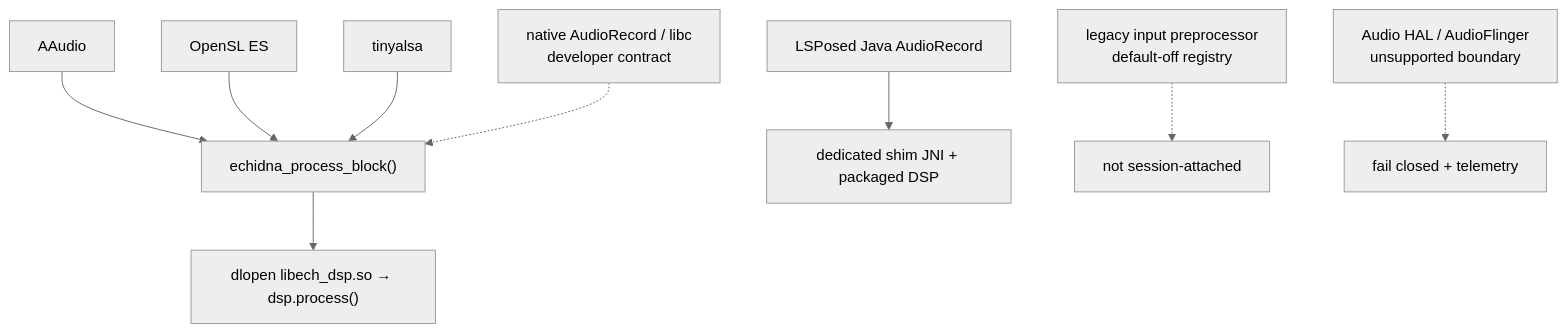
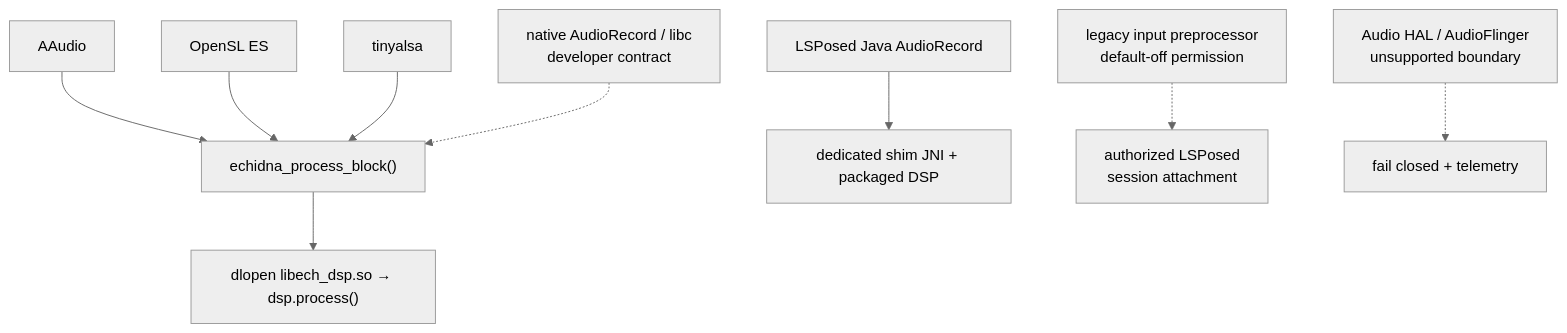
Before and after one commit to supermarsx/echidna: the second of 3 diagrams in docs/architecture.md, drawn with Mermaid (neutral theme). The commit also changed other lines of this file and 17 other files, not shown here.

Commit message:
feat(app): control legacy preprocessor attachment

````diff
--- a/docs/architecture.md
+++ b/docs/architecture.md
@@ -131,11 +131,13 @@
 ```mermaid
 flowchart TB
     A["AAudio"] --> P["echidna_process_block()"]
     B["OpenSL ES"] --> P
     C["tinyalsa"] --> P
     J["LSPosed Java AudioRecord"] --> Q["dedicated shim JNI + packaged DSP"]
-    L["legacy input preprocessor<br/>default-off registry"] -.-> R["not session-attached"]
+    L["legacy input preprocessor<br/>default-off permission"]
+    R["authorized LSPosed<br/>session attachment"]
+    L -.-> R
     D["native AudioRecord / libc<br/>developer contract"] -.-> P
     X["Audio HAL / AudioFlinger<br/>unsupported boundary"] -.-> N["fail closed + telemetry"]
     P --> H["dlopen libech_dsp.so → dsp.process()"]
 ```
````
